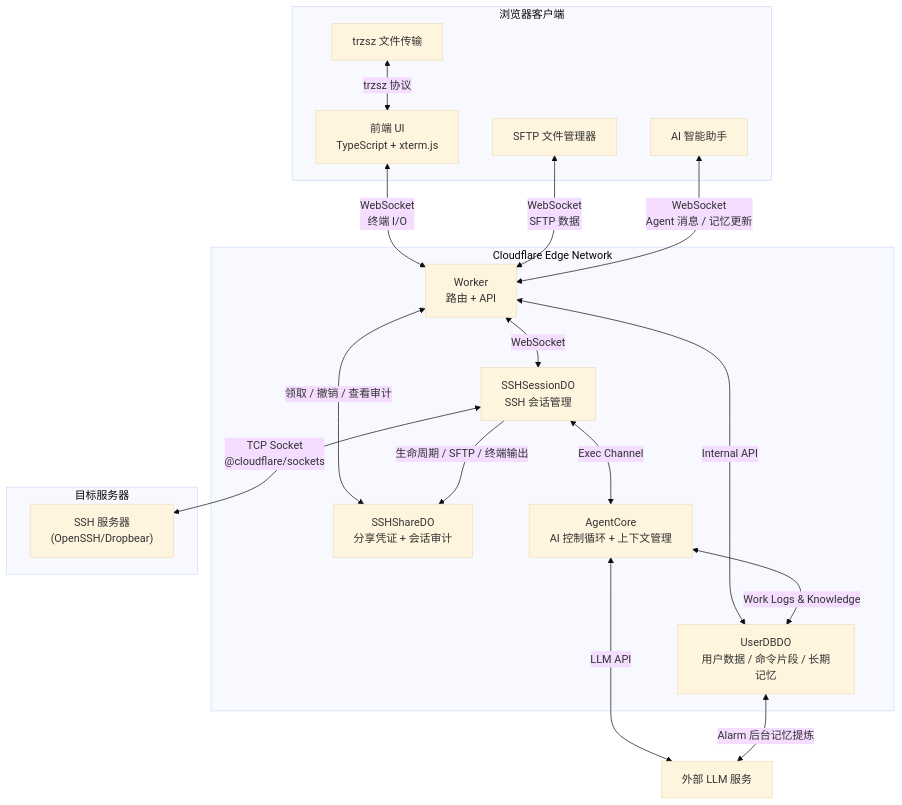
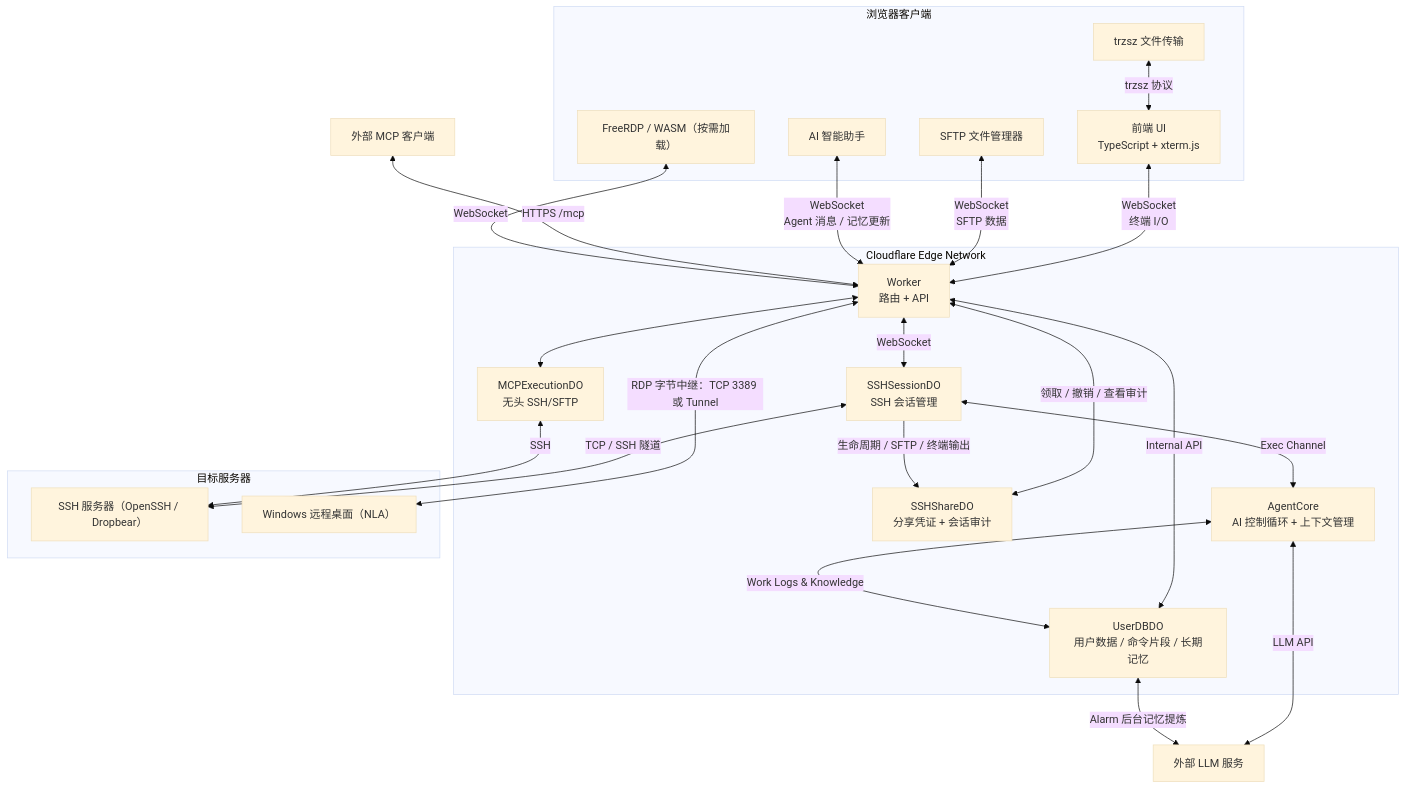
One commit to newbietan/CloudSSH changed the diagram in README.md. Above: the diagram before and after it, drawn with Mermaid (base theme). The commit also changed other lines of this file and 93 other files, not shown here.

````diff
--- a/README.md
+++ b/README.md
@@ -151,35 +152,43 @@
 ```mermaid
 flowchart TB
     subgraph "浏览器客户端"
         UI["前端 UI<br/>TypeScript + xterm.js"]
         SFTP["SFTP 文件管理器"]
         Agent["AI 智能助手"]
         Trzsz["trzsz 文件传输"]
+        RDP["FreeRDP / WASM（按需加载）"]
     end
 
     subgraph "Cloudflare Edge Network"
         Worker["Worker<br/>路由 + API"]
         SSH_DO["SSHSessionDO<br/>SSH 会话管理"]
         User_DO["UserDBDO<br/>用户数据 / 命令片段 / 长期记忆"]
         Share_DO["SSHShareDO<br/>分享凭证 + 会话审计"]
+        MCP_DO["MCPExecutionDO<br/>无头 SSH/SFTP"]
         AgentCore["AgentCore<br/>AI 控制循环 + 上下文管理"]
     end
 
     subgraph "目标服务器"
-        SSH["SSH 服务器<br/>(OpenSSH/Dropbear)"]
+        SSH["SSH 服务器（OpenSSH / Dropbear）"]
+        Windows["Windows 远程桌面（NLA）"]
     end
 
     UI <-->|"WebSocket<br/>终端 I/O"| Worker
     SFTP <-->|"WebSocket<br/>SFTP 数据"| Worker
     Agent <-->|"WebSocket<br/>Agent 消息 / 记忆更新"| Worker
     Trzsz <-->|"trzsz 协议"| UI
     Worker <-->|"WebSocket"| SSH_DO
     Worker <-->|"Internal API"| User_DO
     Worker <-->|"领取 / 撤销 / 查看审计"| Share_DO
     SSH_DO -->|"生命周期 / SFTP / 终端输出"| Share_DO
-    SSH_DO <-->|"TCP Socket<br/>@cloudflare/sockets"| SSH
+    SSH_DO <-->|"TCP / SSH 隧道"| SSH
+    Client["外部 MCP 客户端"] <-->|"HTTPS /mcp"| Worker
+    Worker <--> MCP_DO
+    MCP_DO <-->|"SSH"| SSH
+    RDP <-->|"WebSocket"| Worker
+    Worker <-->|"RDP 字节中继：TCP 3389 或 Tunnel"| Windows
     SSH_DO <-->|"Exec Channel"| AgentCore
     AgentCore <-->|"Work Logs & Knowledge"| User_DO
     AgentCore <-->|"LLM API"| External["外部 LLM 服务"]
     User_DO <-->|"Alarm 后台记忆提炼"| External
 ```
````
